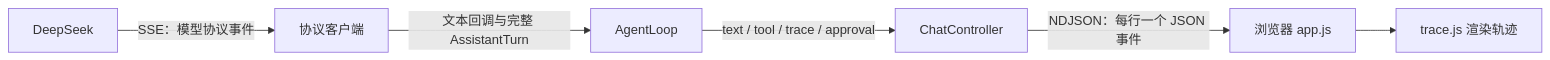
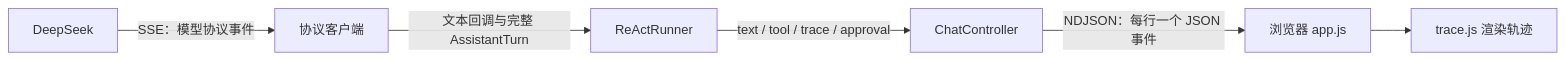
One commit to GLBB/ai-engineering-from-scratch changed the diagram in learning-artifacts/agent-loop/docs/03-protocols-and-streaming.md. Above: the diagram before and after it, drawn with Mermaid. The commit also changed other lines of this file and 10 other files, not shown here.

````diff
--- a/learning-artifacts/agent-loop/docs/03-protocols-and-streaming.md
+++ b/learning-artifacts/agent-loop/docs/03-protocols-and-streaming.md
@@ -34,8 +34,8 @@
 ```mermaid
 flowchart LR
     DS[DeepSeek] -->|SSE：模型协议事件| Client[协议客户端]
-    Client -->|文本回调与完整 AssistantTurn| Loop[AgentLoop]
+    Client -->|文本回调与完整 AssistantTurn| Loop[ReActRunner]
     Loop -->|text / tool / trace / approval| Controller[ChatController]
     Controller -->|NDJSON：每行一个 JSON 事件| Browser[浏览器 app.js]
     Browser --> Trace[trace.js 渲染轨迹]
 ```
````
